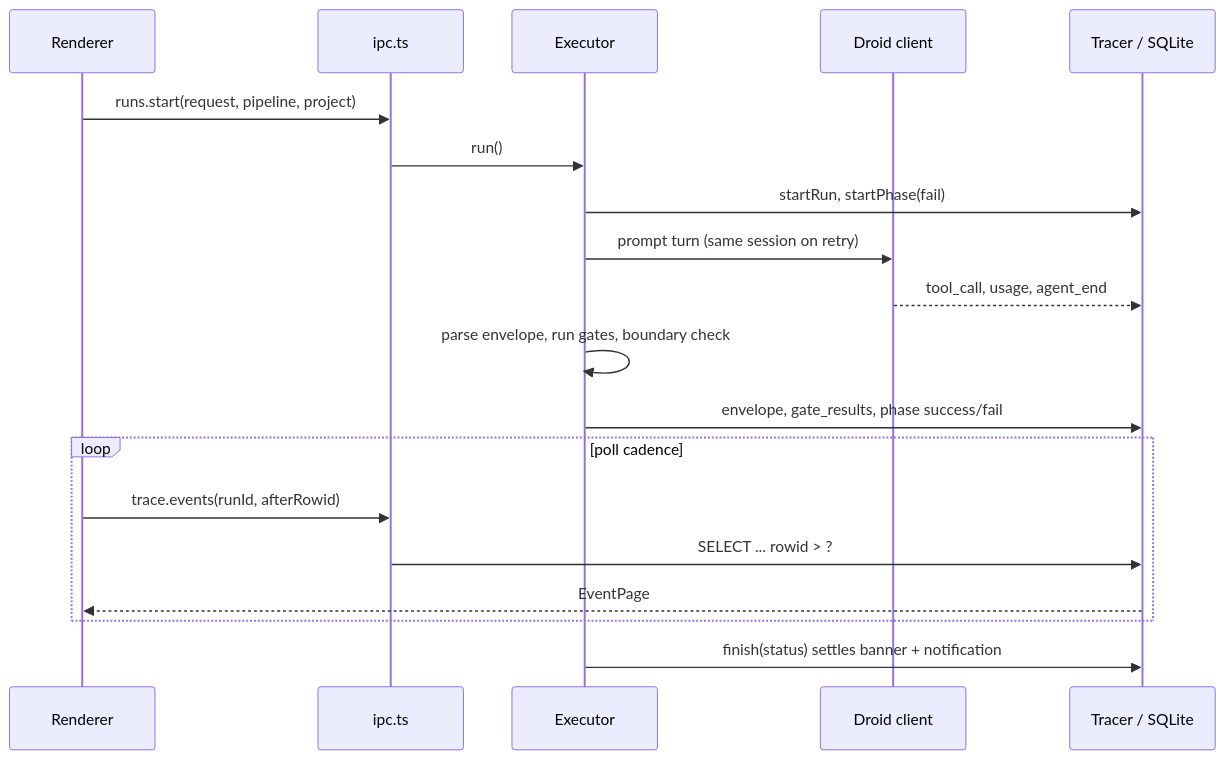
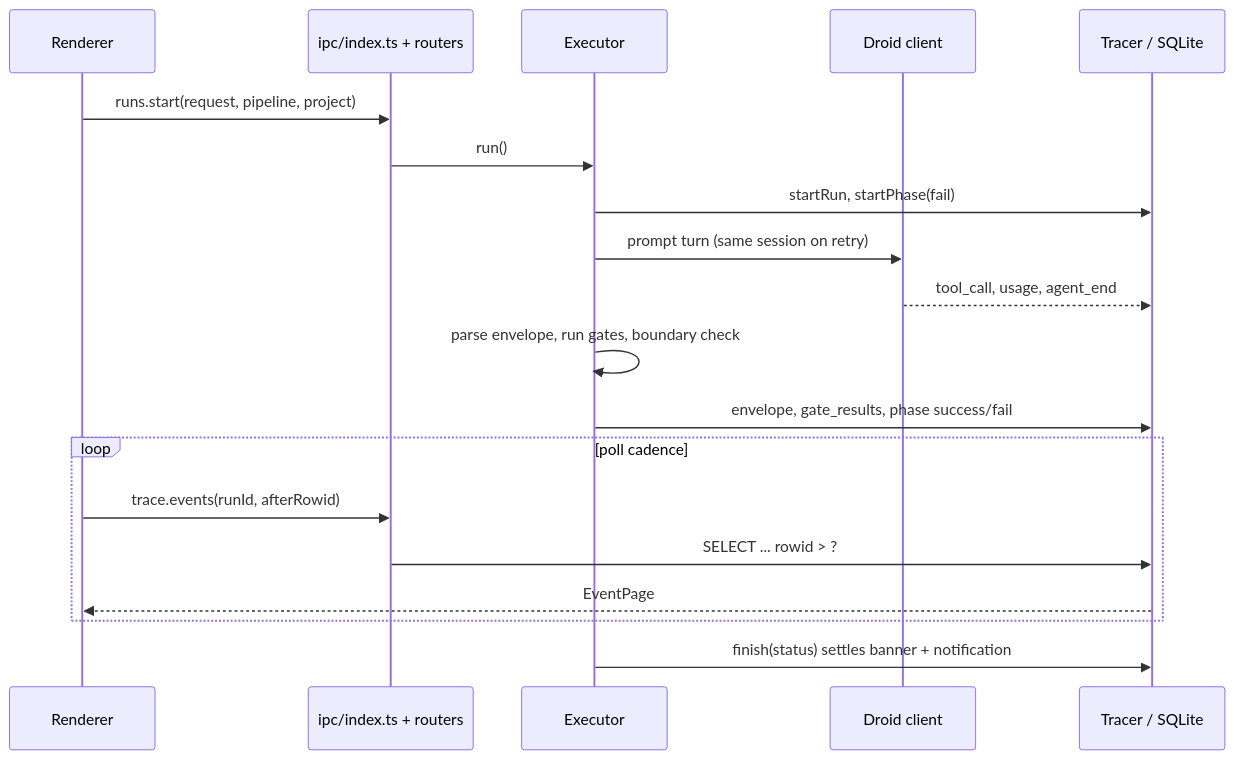
One commit to nikships/foundry changed the second of 2 diagrams in wiki/overview/architecture.md. Above: the diagram before and after it, drawn with Mermaid. The commit also changed other lines of this file and 18 other files, not shown here.

First line of the commit message:
refactor(ipc): split ipc.ts into domain routers (#41)

````diff
--- a/wiki/overview/architecture.md
+++ b/wiki/overview/architecture.md
@@ -57,22 +57,22 @@
 ```mermaid
 sequenceDiagram
   participant UI as Renderer
-  participant IPC as ipc.ts
+  participant IPC as ipc/index.ts + routers
   participant Ex as Executor
   participant Dr as Droid client
   participant Tr as Tracer / SQLite
 
   UI->>IPC: runs.start(request, pipeline, project)
   IPC->>Ex: run()
   Ex->>Tr: startRun, startPhase(fail)
   Ex->>Dr: prompt turn (same session on retry)
   Dr-->>Tr: tool_call, usage, agent_end
   Ex->>Ex: parse envelope, run gates, boundary check
   Ex->>Tr: envelope, gate_results, phase success/fail
   loop poll cadence
     UI->>IPC: trace.events(runId, afterRowid)
     IPC->>Tr: SELECT ... rowid > ?
     Tr-->>UI: EventPage
   end
   Ex->>Tr: finish(status) settles banner + notification
 ```
````
